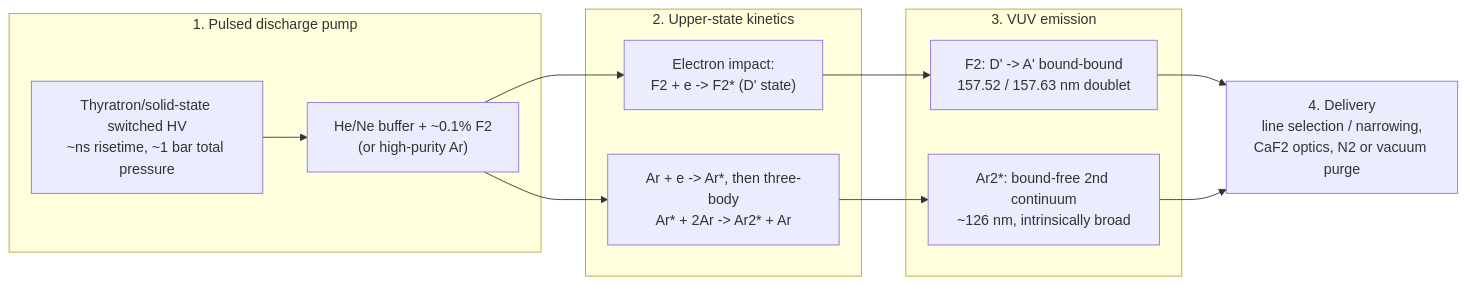
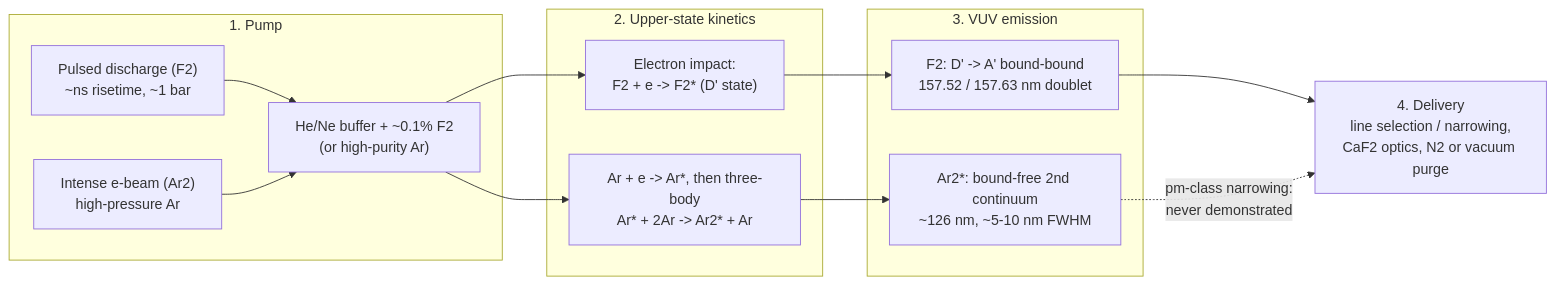
The diagram in docs/sources/vuv-excimer.md (sonoransun/highuvlith), drawn with Mermaid before and after one commit. The commit also changed other lines of this file and 496 other files, not shown here.

````diff
--- a/docs/sources/vuv-excimer.md
+++ b/docs/sources/vuv-excimer.md
@@ -34,19 +44,21 @@
 ```mermaid
 flowchart LR
-    subgraph Pump["1. Pulsed discharge pump"]
-        HV["Thyratron/solid-state switched HV<br/>~ns risetime, ~1 bar total pressure"]
+    subgraph Pump["1. Pump"]
+        HV["Pulsed discharge (F2)<br/>~ns risetime, ~1 bar"]
+        EB["Intense e-beam (Ar2)<br/>high-pressure Ar"]
         GAS["He/Ne buffer + ~0.1% F2<br/>(or high-purity Ar)"]
         HV --> GAS
+        EB --> GAS
     end
     subgraph Kinetics["2. Upper-state kinetics"]
         F2K["Electron impact:<br/>F2 + e -> F2* (D' state)"]
         ARK["Ar + e -> Ar*, then three-body<br/>Ar* + 2Ar -> Ar2* + Ar"]
     end
     subgraph Emit["3. VUV emission"]
         F2E["F2: D' -> A' bound-bound<br/>157.52 / 157.63 nm doublet"]
-        ARE["Ar2*: bound-free 2nd continuum<br/>~126 nm, intrinsically broad"]
+        ARE["Ar2*: bound-free 2nd continuum<br/>~126 nm, ~5-10 nm FWHM"]
     end
     DEL["4. Delivery<br/>line selection / narrowing,<br/>CaF2 optics, N2 or vacuum purge"]
     GAS --> F2K --> F2E --> DEL
-    GAS --> ARK --> ARE --> DEL
+    GAS --> ARK --> ARE -. "pm-class narrowing:<br/>never demonstrated" .-> DEL
 ```
````
